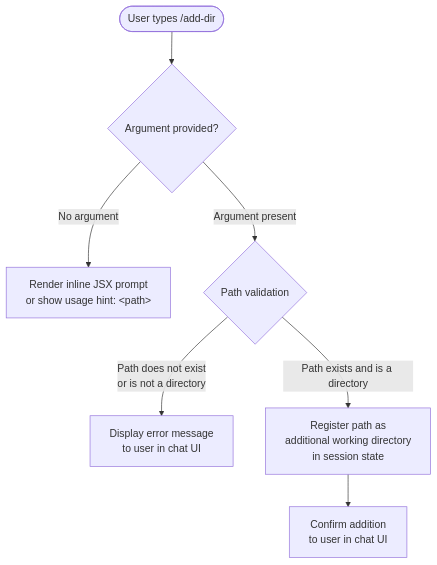
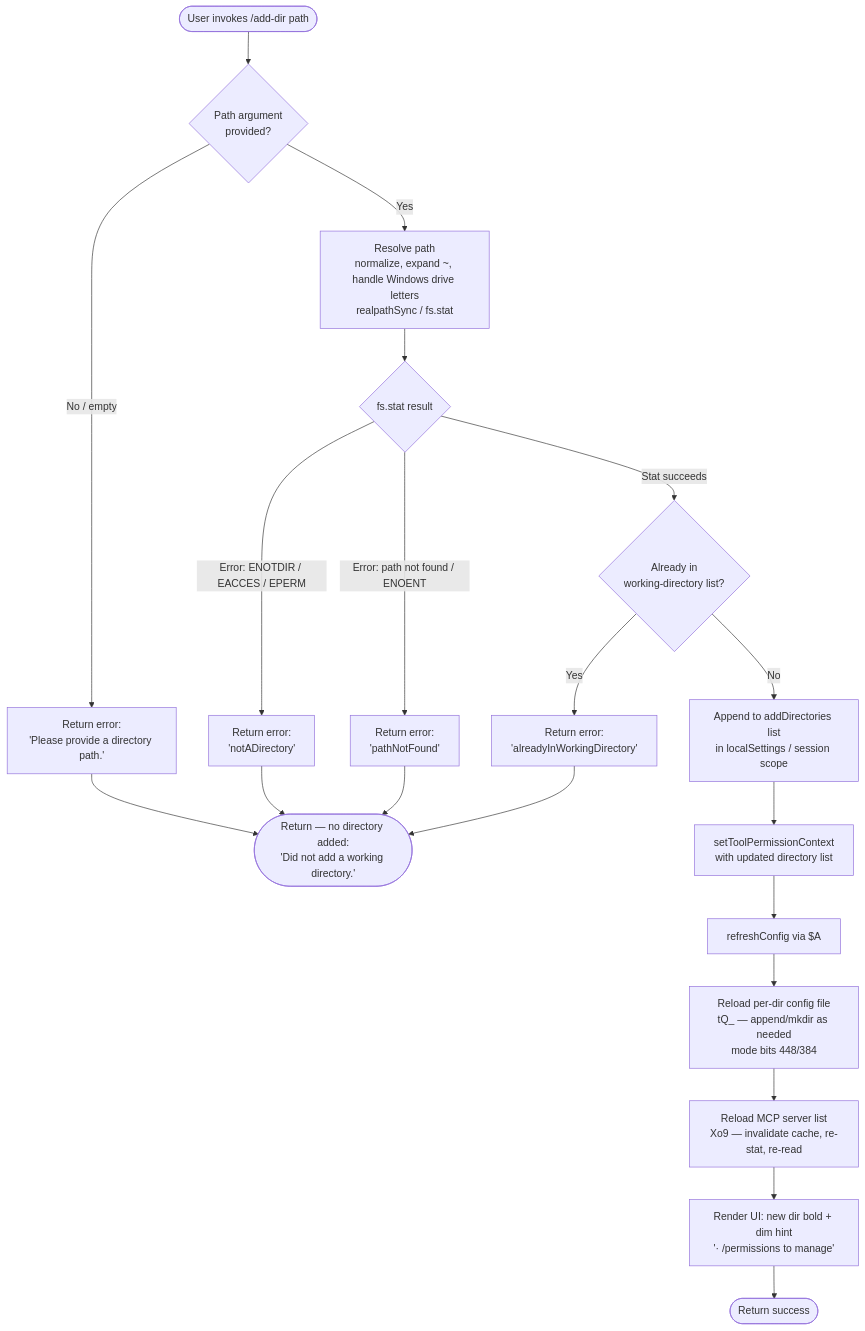
The diagram in versions/v2.1.149/add-dir.md (MyLittleLuckyDog/cc-gnothi), drawn with Mermaid before and after one commit. The commit also changed other lines of this file and 496 other files, not shown here.

````diff
--- a/versions/v2.1.149/add-dir.md
+++ b/versions/v2.1.149/add-dir.md
@@ -47,9 +55,22 @@
 ```mermaid
 flowchart TD
-    A([User types /add-dir]) --> B{Argument provided?}
-    B -- No argument --> C[Render inline JSX prompt\nor show usage hint: &lt;path&gt;]
-    B -- Argument present --> D{Path validation}
-    D -- Path does not exist\nor is not a directory --> E[Display error message\nto user in chat UI]
-    D -- Path exists and is a directory --> F[Register path as\nadditional working directory\nin session state]
-    F --> G[Confirm addition\nto user in chat UI]
+    A([User invokes /add-dir path]) --> B{Path argument\nprovided?}
+    B -- No / empty --> C[Return error:\n'Please provide a directory path.']
+    B -- Yes --> D[Resolve path\nnormalize, expand ~, handle Windows drive letters\nrealpathSync / fs.stat]
+    D --> E{fs.stat result}
+    E -- Error: ENOTDIR / EACCES / EPERM --> F[Return error:\n'notADirectory']
+    E -- Error: path not found / ENOENT --> G[Return error:\n'pathNotFound']
+    E -- Stat succeeds --> H{Already in\nworking-directory list?}
+    H -- Yes --> I[Return error:\n'alreadyInWorkingDirectory']
+    H -- No --> J[Append to addDirectories list\nin localSettings / session scope]
+    J --> K[setToolPermissionContext\nwith updated directory list]
+    K --> L[refreshConfig via $A]
+    L --> M[Reload per-dir config file\ntQ_ — append/mkdir as needed\nmode bits 448/384]
+    M --> N[Reload MCP server list\nXo9 — invalidate cache, re-stat, re-read]
+    N --> O[Render UI: new dir bold + dim hint\n'· /permissions to manage']
+    O --> P([Return success])
+    C --> Z([Return — no directory added:\n'Did not add a working directory.'])
+    F --> Z
+    G --> Z
+    I --> Z
 ```
````
